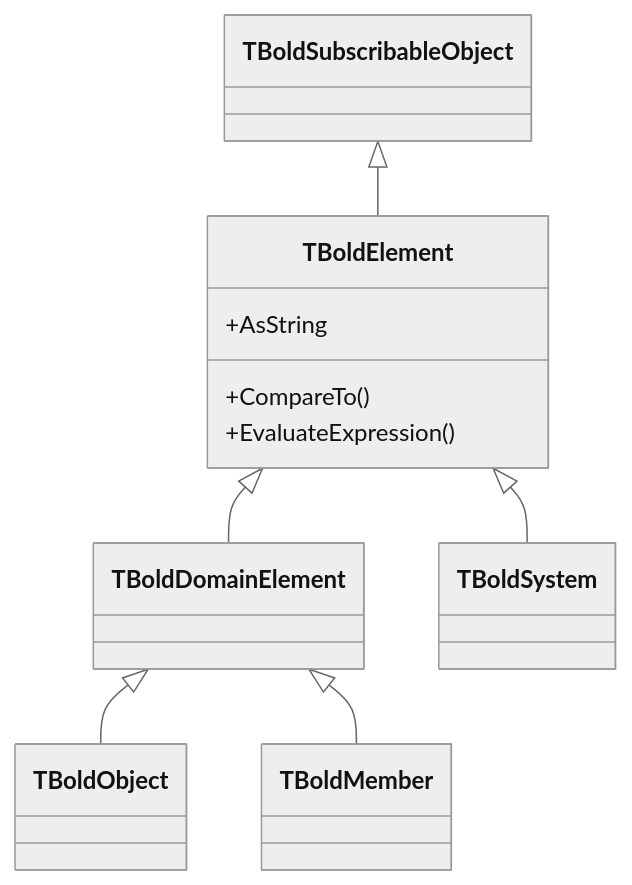
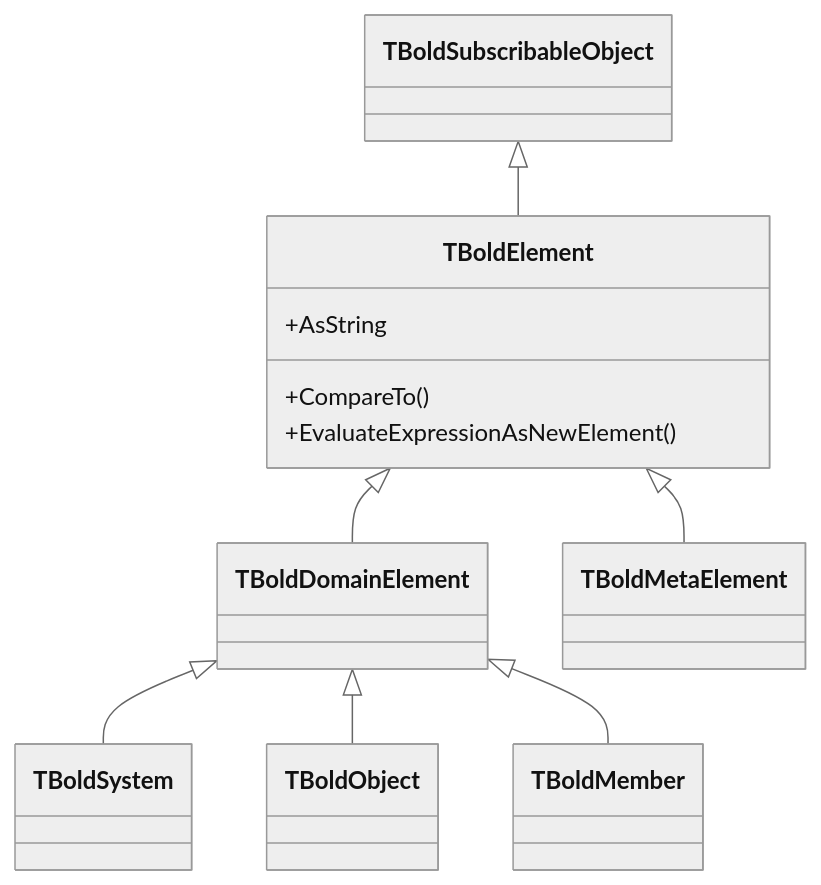
The diagram in docs/classes/TBoldElement.md (bero/BoldForDelphi), drawn with Mermaid (neutral theme) before and after one commit. The commit also changed other lines of this file and 43 other files, not shown here.

````diff
--- a/docs/classes/TBoldElement.md
+++ b/docs/classes/TBoldElement.md
@@ -35,16 +50,17 @@
 ```mermaid
 classDiagram
     TBoldSubscribableObject <|-- TBoldElement
     TBoldElement <|-- TBoldDomainElement
-    TBoldElement <|-- TBoldSystem
+    TBoldElement <|-- TBoldMetaElement
+    TBoldDomainElement <|-- TBoldSystem
     TBoldDomainElement <|-- TBoldObject
     TBoldDomainElement <|-- TBoldMember
 
     TBoldElement : +AsString
     TBoldElement : +CompareTo()
-    TBoldElement : +EvaluateExpression()
+    TBoldElement : +EvaluateExpressionAsNewElement()
 
     click TBoldSystem href "../TBoldSystem/" "TBoldSystem documentation"
     click TBoldObject href "../TBoldObject/" "TBoldObject documentation"
     click TBoldMember href "../TBoldMember/" "TBoldMember documentation"
 ```
````
